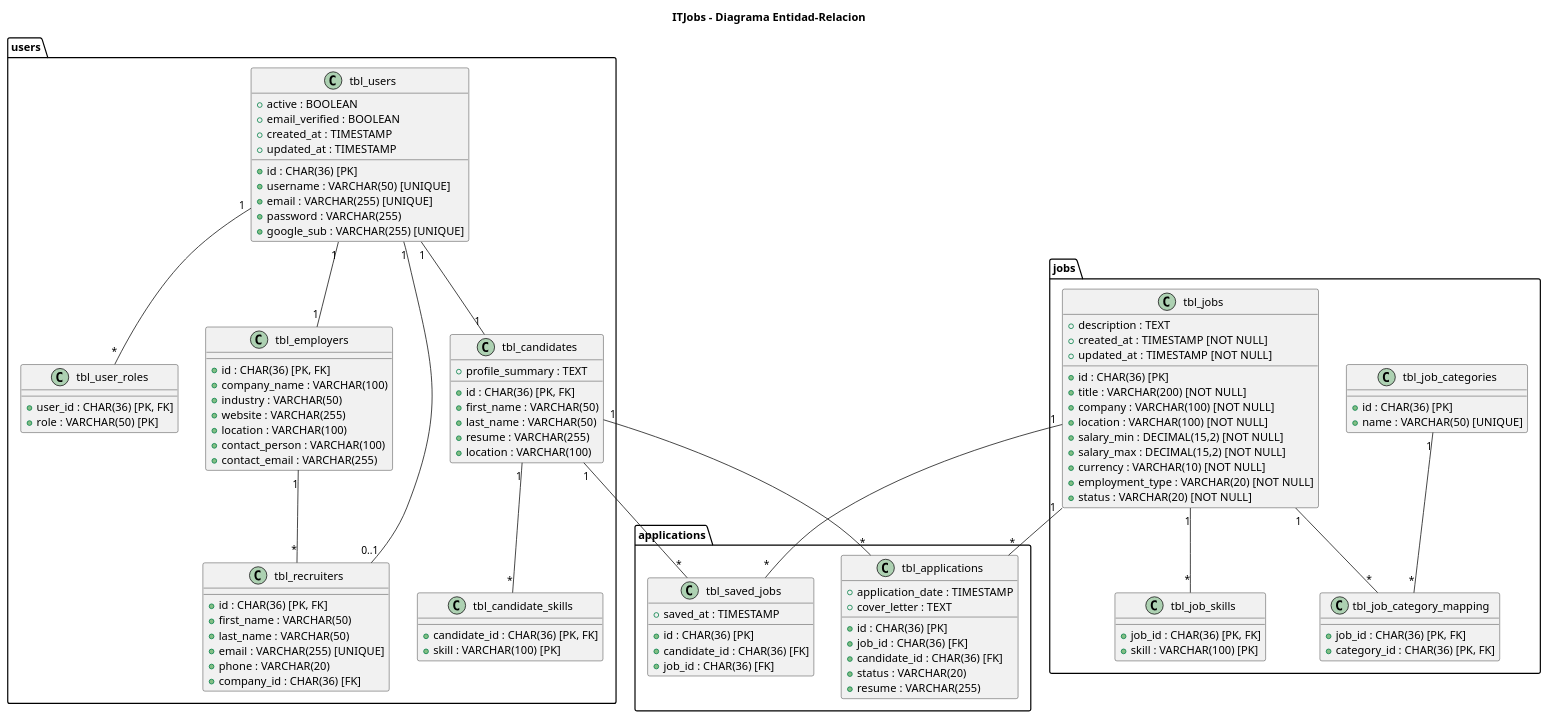
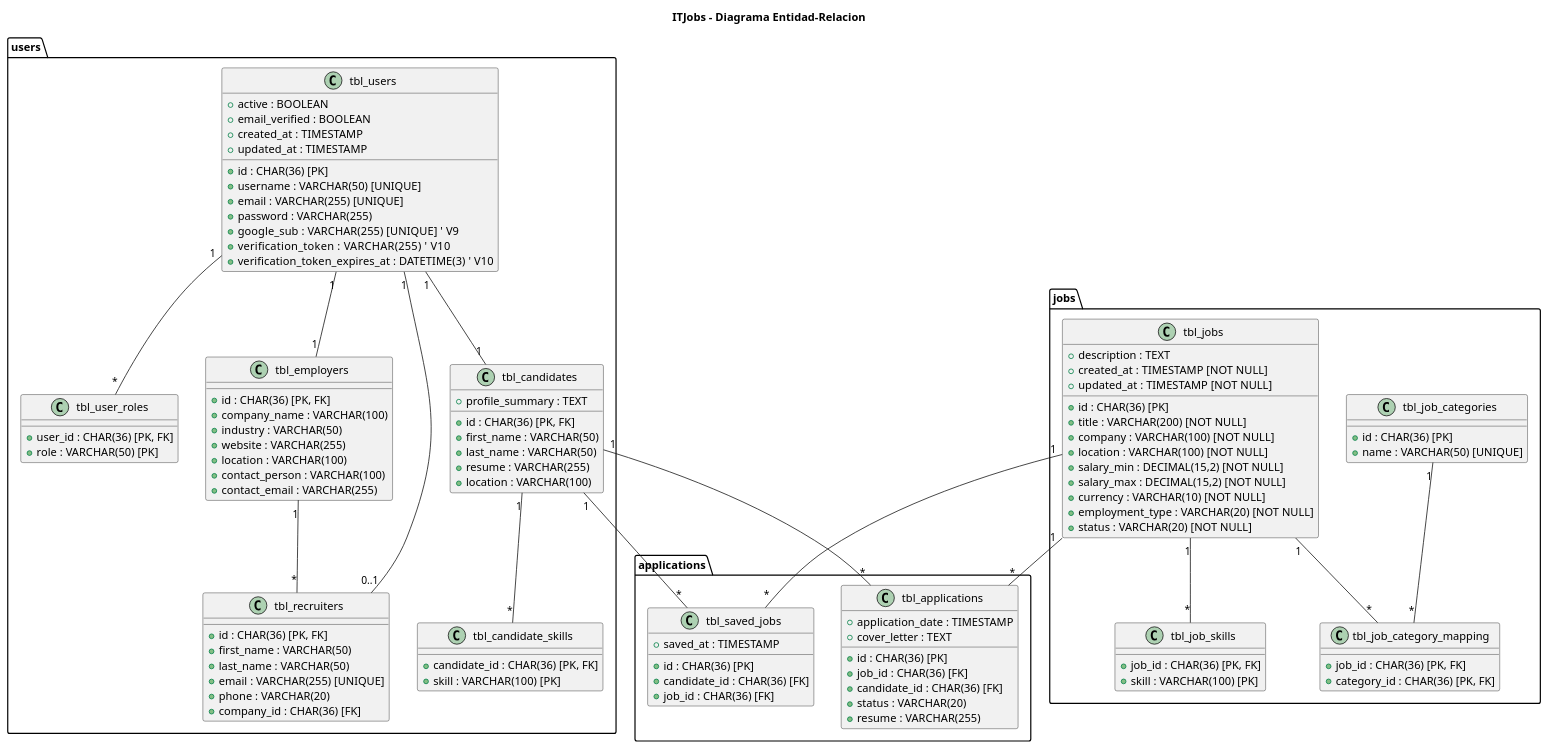
One commit to Leonardo-Robot-PostRock/RiseTogetherDemo changed the diagram in itjobs-docs/diagrams/er-diagram.puml. Above: the diagram before and after it, drawn with PlantUML. The commit also changed 19 other files, not shown here.

Commit message:
chore: minor updates across diagrams, docs, and test files

```diff
--- a/itjobs-docs/diagrams/er-diagram.puml
+++ b/itjobs-docs/diagrams/er-diagram.puml
@@ -1,129 +1,131 @@
 @startuml ITJobsERDiagram
 
 title ITJobs - Diagrama Entidad-Relacion
 
 package "users" as PKG_USERS {
 
     class tbl_users {
         + id : CHAR(36) [PK]
         + username : VARCHAR(50) [UNIQUE]
         + email : VARCHAR(255) [UNIQUE]
         + password : VARCHAR(255)
         + active : BOOLEAN
         + email_verified : BOOLEAN
-        + google_sub : VARCHAR(255) [UNIQUE]
+        + google_sub : VARCHAR(255) [UNIQUE]  ' V9
+        + verification_token : VARCHAR(255)    ' V10
+        + verification_token_expires_at : DATETIME(3)  ' V10
         + created_at : TIMESTAMP
         + updated_at : TIMESTAMP
     }
 
     class tbl_user_roles {
         + user_id : CHAR(36) [PK, FK]
         + role : VARCHAR(50) [PK]
     }
 
     class tbl_employers {
         + id : CHAR(36) [PK, FK]
         + company_name : VARCHAR(100)
         + industry : VARCHAR(50)
         + website : VARCHAR(255)
         + location : VARCHAR(100)
         + contact_person : VARCHAR(100)
         + contact_email : VARCHAR(255)
     }
 
     class tbl_candidates {
         + id : CHAR(36) [PK, FK]
         + first_name : VARCHAR(50)
         + last_name : VARCHAR(50)
         + resume : VARCHAR(255)
         + profile_summary : TEXT
         + location : VARCHAR(100)
     }
 
     class tbl_candidate_skills {
         + candidate_id : CHAR(36) [PK, FK]
         + skill : VARCHAR(100) [PK]
     }
 
     class tbl_recruiters {
         + id : CHAR(36) [PK, FK]
         + first_name : VARCHAR(50)
         + last_name : VARCHAR(50)
         + email : VARCHAR(255) [UNIQUE]
         + phone : VARCHAR(20)
         + company_id : CHAR(36) [FK]
     }
 }
 
 package "jobs" as PKG_JOBS {
 
     class tbl_jobs {
         + id : CHAR(36) [PK]
         + title : VARCHAR(200) [NOT NULL]
         + description : TEXT
         + company : VARCHAR(100) [NOT NULL]
         + location : VARCHAR(100) [NOT NULL]
         + salary_min : DECIMAL(15,2) [NOT NULL]
         + salary_max : DECIMAL(15,2) [NOT NULL]
         + currency : VARCHAR(10) [NOT NULL]
         + employment_type : VARCHAR(20) [NOT NULL]
         + status : VARCHAR(20) [NOT NULL]
         + created_at : TIMESTAMP [NOT NULL]
         + updated_at : TIMESTAMP [NOT NULL]
     }
 
     class tbl_job_skills {
         + job_id : CHAR(36) [PK, FK]
         + skill : VARCHAR(100) [PK]
     }
 
     class tbl_job_categories {
         + id : CHAR(36) [PK]
         + name : VARCHAR(50) [UNIQUE]
     }
 
     class tbl_job_category_mapping {
         + job_id : CHAR(36) [PK, FK]
         + category_id : CHAR(36) [PK, FK]
     }
 }
 
 package "applications" as PKG_APPS {
 
     class tbl_applications {
         + id : CHAR(36) [PK]
         + job_id : CHAR(36) [FK]
         + candidate_id : CHAR(36) [FK]
         + application_date : TIMESTAMP
         + status : VARCHAR(20)
         + resume : VARCHAR(255)
         + cover_letter : TEXT
     }
 
     class tbl_saved_jobs {
         + id : CHAR(36) [PK]
         + candidate_id : CHAR(36) [FK]
         + job_id : CHAR(36) [FK]
         + saved_at : TIMESTAMP
     }
 }
 
 tbl_users "1" -- "1" tbl_employers
 tbl_users "1" -- "1" tbl_candidates
 tbl_users "1" -- "0..1" tbl_recruiters
 tbl_users "1" -- "*" tbl_user_roles
 
 tbl_employers "1" -- "*" tbl_recruiters
 
 tbl_candidates "1" -- "*" tbl_candidate_skills
 tbl_candidates "1" -- "*" tbl_applications
 tbl_candidates "1" -- "*" tbl_saved_jobs
 
 tbl_jobs "1" -- "*" tbl_job_skills
 tbl_jobs "1" -- "*" tbl_applications
 tbl_jobs "1" -- "*" tbl_saved_jobs
 tbl_jobs "1" -- "*" tbl_job_category_mapping
 
 tbl_job_categories "1" -- "*" tbl_job_category_mapping
 
 @enduml
```
